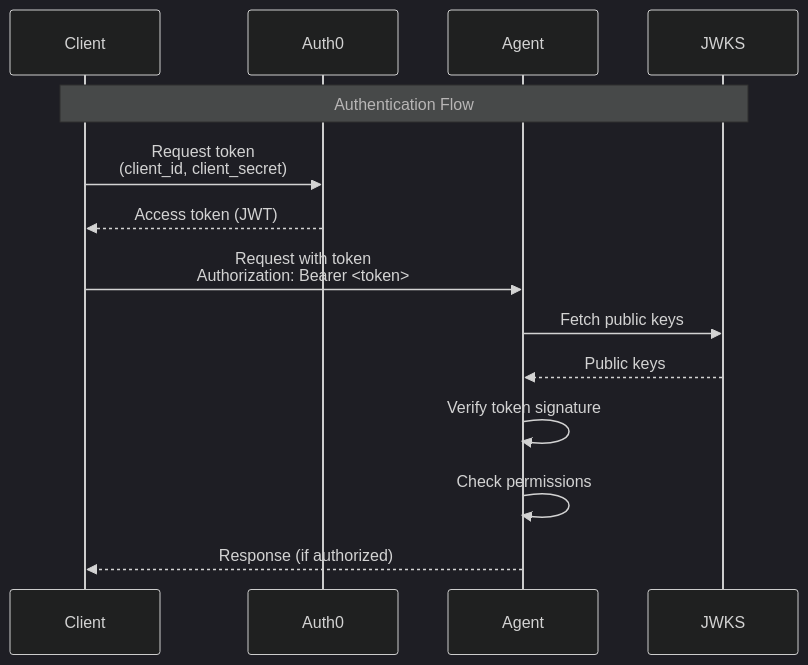
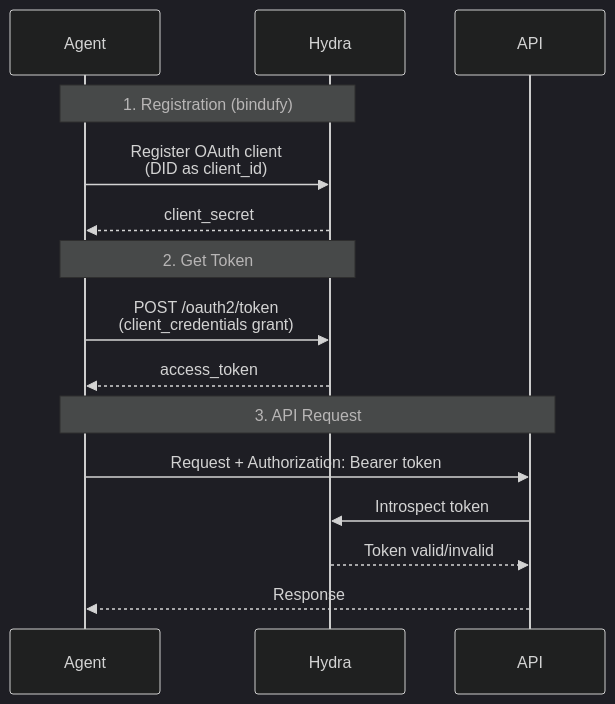
The diagram in bindu/learn/authentication/overview.mdx (raahulrahl/docs), drawn with Mermaid (dark theme) before and after one commit. The commit also changed other lines of this file and 17 other files, not shown here.

First line of the commit message:
docs: remove Auth0 authentication guide from learn section

````diff
--- a/bindu/learn/authentication/overview.mdx
+++ b/bindu/learn/authentication/overview.mdx
@@ -47,18 +10,20 @@
 ```mermaid
 sequenceDiagram
-    participant Client
-    participant Auth0
     participant Agent
-    participant JWKS
+    participant Hydra
+    participant API
 
-    Note over Client,JWKS: Authentication Flow
-    Client->>Auth0: Request token<br/>(client_id, client_secret)
-    Auth0-->>Client: Access token (JWT)
-    
-    Client->>Agent: Request with token<br/>Authorization: Bearer <token>
-    Agent->>JWKS: Fetch public keys
-    JWKS-->>Agent: Public keys
-    Agent->>Agent: Verify token signature
-    Agent->>Agent: Check permissions
-    Agent-->>Client: Response (if authorized)
+    Note over Agent,Hydra: 1. Registration (bindufy)
+    Agent->>Hydra: Register OAuth client<br/>(DID as client_id)
+    Hydra-->>Agent: client_secret
+
+    Note over Agent,Hydra: 2. Get Token
+    Agent->>Hydra: POST /oauth2/token<br/>(client_credentials grant)
+    Hydra-->>Agent: access_token
+
+    Note over Agent,API: 3. API Request
+    Agent->>API: Request + Authorization: Bearer token
+    API->>Hydra: Introspect token
+    Hydra-->>API: Token valid/invalid
+    API-->>Agent: Response
 ```
````
